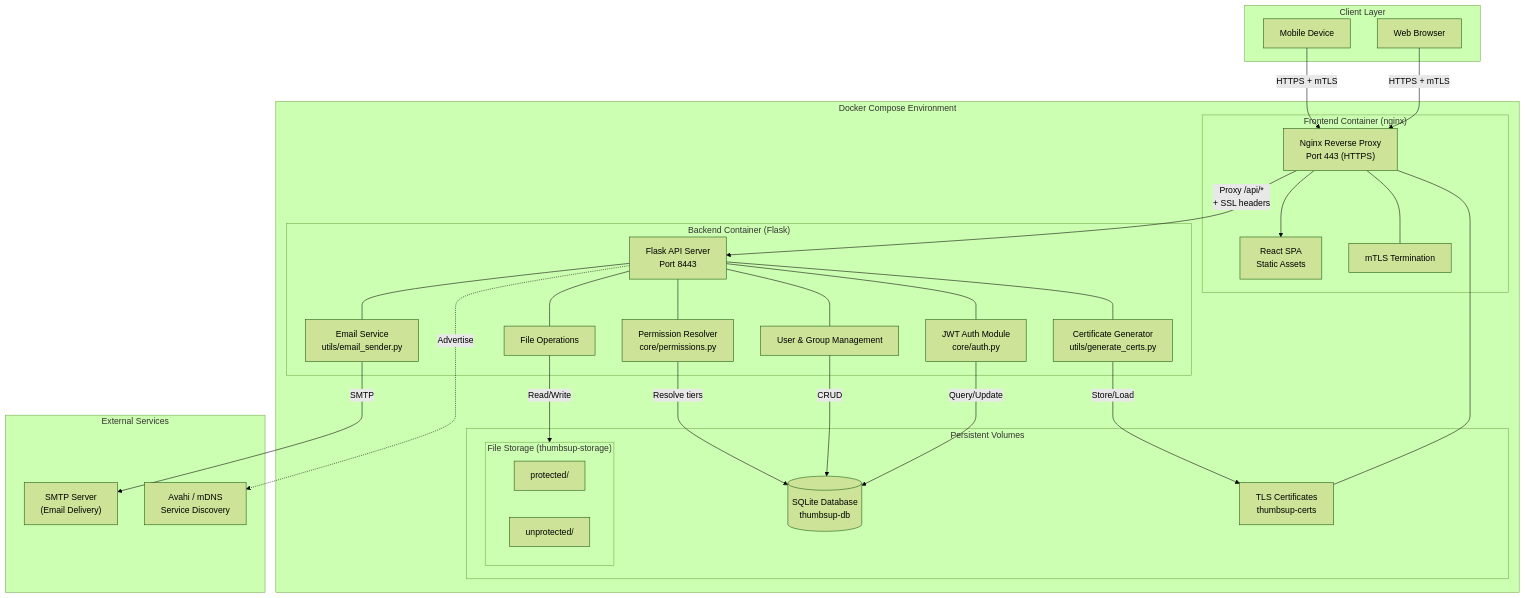
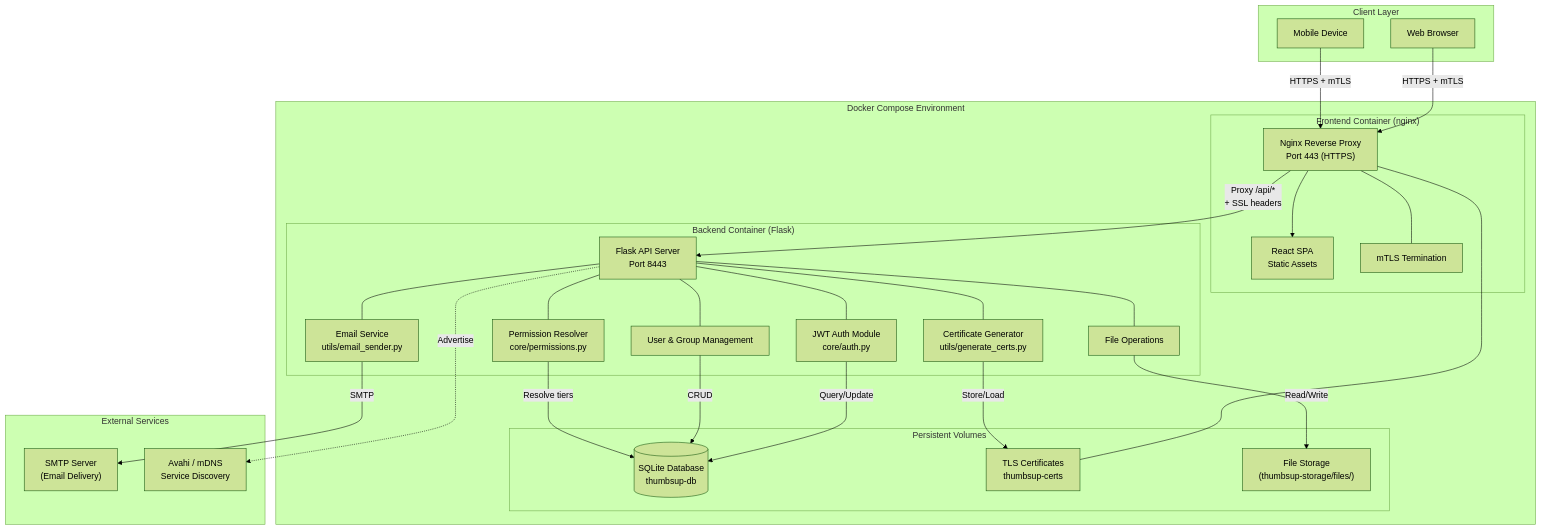
One commit to andreas-04/thumbs-up changed the first of 8 diagrams in docs/diagrams.md. Above: the diagram before and after it, drawn with Mermaid (forest theme). The commit also changed other lines of this file, not shown here.

First line of the commit message:
Remove protected/unprotected file distinction from diagrams

````diff
--- a/docs/diagrams.md
+++ b/docs/diagrams.md
@@ -11,61 +11,58 @@
 ```mermaid
 graph TB
     subgraph Clients["Client Layer"]
         Browser["Web Browser"]
         Mobile["Mobile Device"]
     end
 
     subgraph Docker["Docker Compose Environment"]
         subgraph FrontendContainer["Frontend Container (nginx)"]
             Nginx["Nginx Reverse Proxy<br/>Port 443 (HTTPS)"]
             SPA["React SPA<br/>Static Assets"]
             mTLS["mTLS Termination"]
         end
 
         subgraph BackendContainer["Backend Container (Flask)"]
             Flask["Flask API Server<br/>Port 8443"]
             Auth["JWT Auth Module<br/>core/auth.py"]
             PermResolver["Permission Resolver<br/>core/permissions.py"]
             FileOps["File Operations"]
             UserMgmt["User & Group Management"]
             CertGen["Certificate Generator<br/>utils/generate_certs.py"]
             EmailSvc["Email Service<br/>utils/email_sender.py"]
         end
 
         subgraph Storage["Persistent Volumes"]
             DB[("SQLite Database<br/>thumbsup-db")]
             Certs["TLS Certificates<br/>thumbsup-certs"]
-            subgraph FileStore["File Storage (thumbsup-storage)"]
-                Protected["protected/"]
-                Unprotected["unprotected/"]
-            end
+            FileStore["File Storage<br/>(thumbsup-storage/files/)"]
         end
     end
 
     subgraph External["External Services"]
         SMTP["SMTP Server<br/>(Email Delivery)"]
         mDNS["Avahi / mDNS<br/>Service Discovery"]
     end
 
     Browser -->|"HTTPS + mTLS"| Nginx
     Mobile -->|"HTTPS + mTLS"| Nginx
     Nginx --> SPA
     Nginx -->|"Proxy /api/*<br/>+ SSL headers"| Flask
     Nginx --- mTLS
     Nginx --- Certs
 
     Flask --- Auth
     Flask --- PermResolver
     Flask --- FileOps
     Flask --- UserMgmt
     Flask --- CertGen
     Flask --- EmailSvc
 
     Auth -->|"Query/Update"| DB
     UserMgmt -->|"CRUD"| DB
     PermResolver -->|"Resolve tiers"| DB
     FileOps -->|"Read/Write"| FileStore
     CertGen -->|"Store/Load"| Certs
     EmailSvc -->|"SMTP"| SMTP
     Flask -.->|"Advertise"| mDNS
 ```
````
